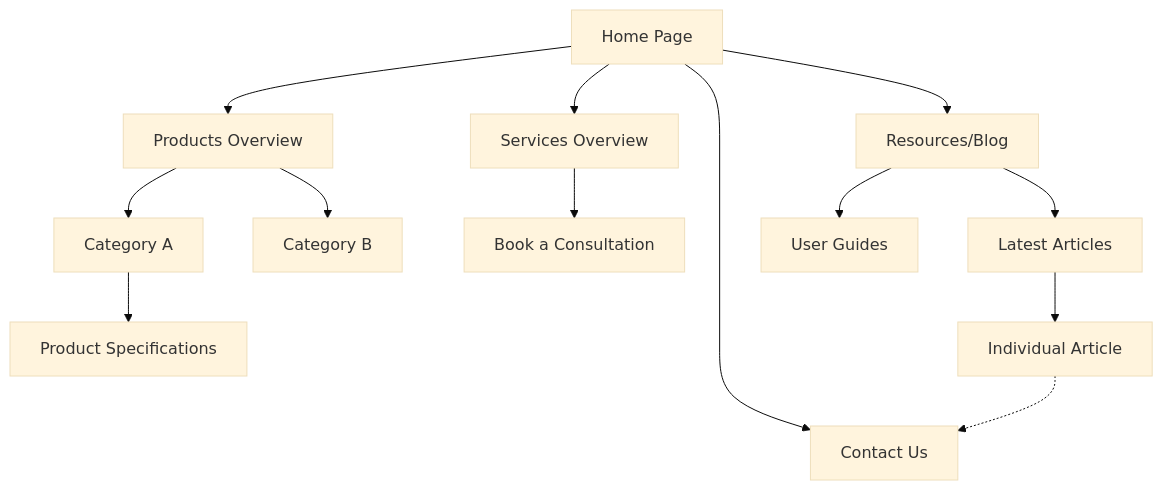
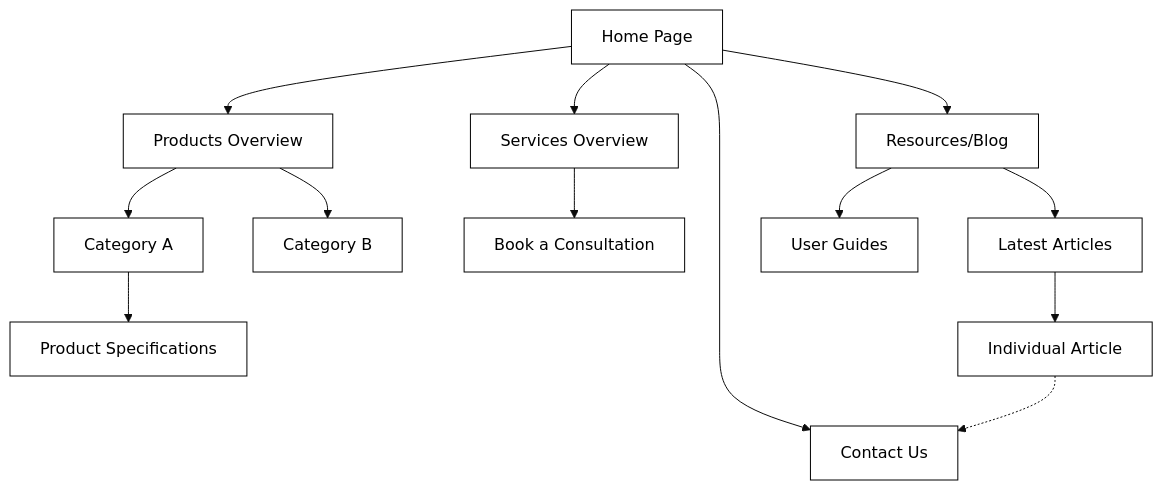
The diagram in instruction/information-architecture-and-sitemaps/information-architecture-and-sitemaps.md (byucsstudent/cs460q), drawn with Mermaid (base theme) before and after one commit. The commit also changed other lines of this file, not shown here.

Commit message:
update(Information Architecture and Sitemaps)

````diff
--- a/instruction/information-architecture-and-sitemaps/information-architecture-and-sitemaps.md
+++ b/instruction/information-architecture-and-sitemaps/information-architecture-and-sitemaps.md
@@ -49,27 +39,30 @@
 ```mermaid
 graph TD
+    %% Global styling
+    classDef default fill:#ffffff,stroke:#000000,color:#000000,stroke-width:1px;
+
     %% Level 1: Entry Point
     Home[Home Page]
 
     %% Level 2: Primary Navigation (Flat Hierarchy)
     Home --> Products[Products Overview]
     Home --> Services[Services Overview]
     Home --> Resources[Resources/Blog]
     Home --> Contact[Contact Us]
 
     %% Level 3: Secondary Information
     Products --> CategoryA[Category A]
     Products --> CategoryB[Category B]
     
     Services --> Consultation[Book a Consultation]
     
     Resources --> Articles[Latest Articles]
     Resources --> Guides[User Guides]
 
     %% Level 4: Progressive Disclosure
     CategoryA --> ProductDetail[Product Specifications]
     
     %% Note: Sub-pages are linked to ensure no "Orphan Pages" exist.
     Articles --> Article1[Individual Article]
     Article1 -.-> Contact
 ```
````
